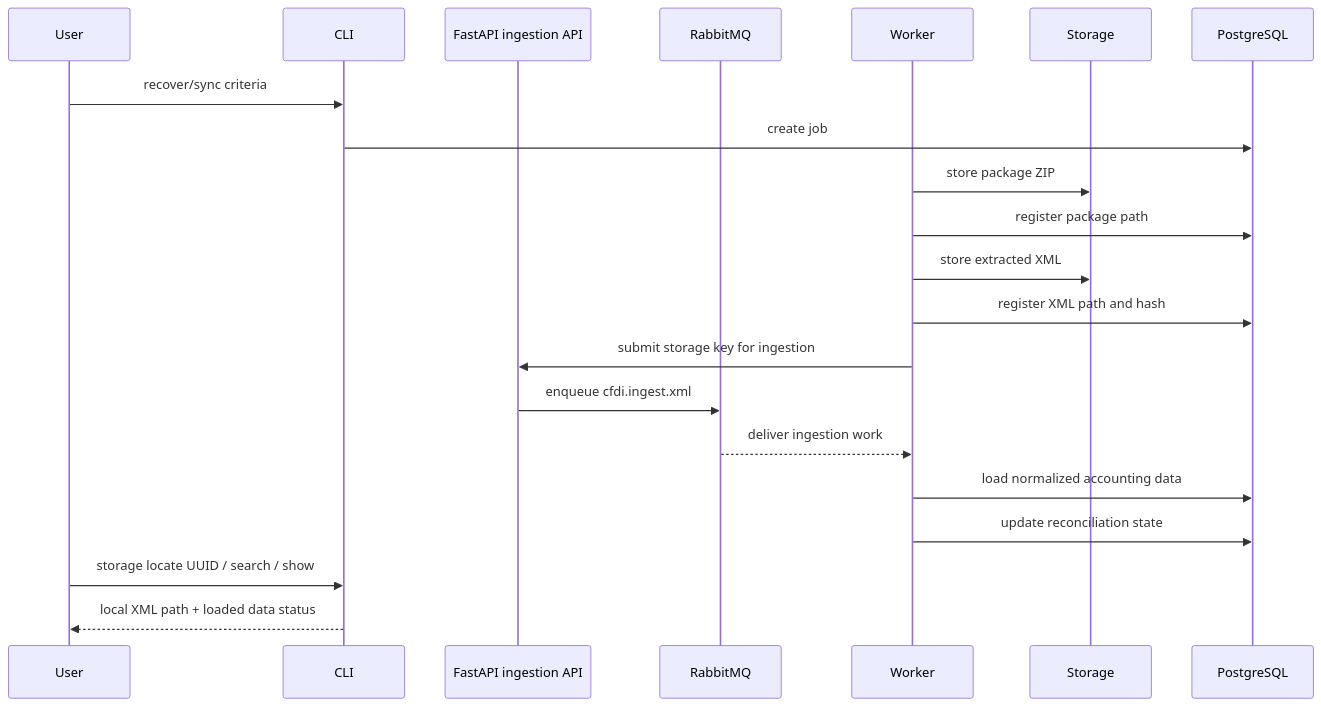
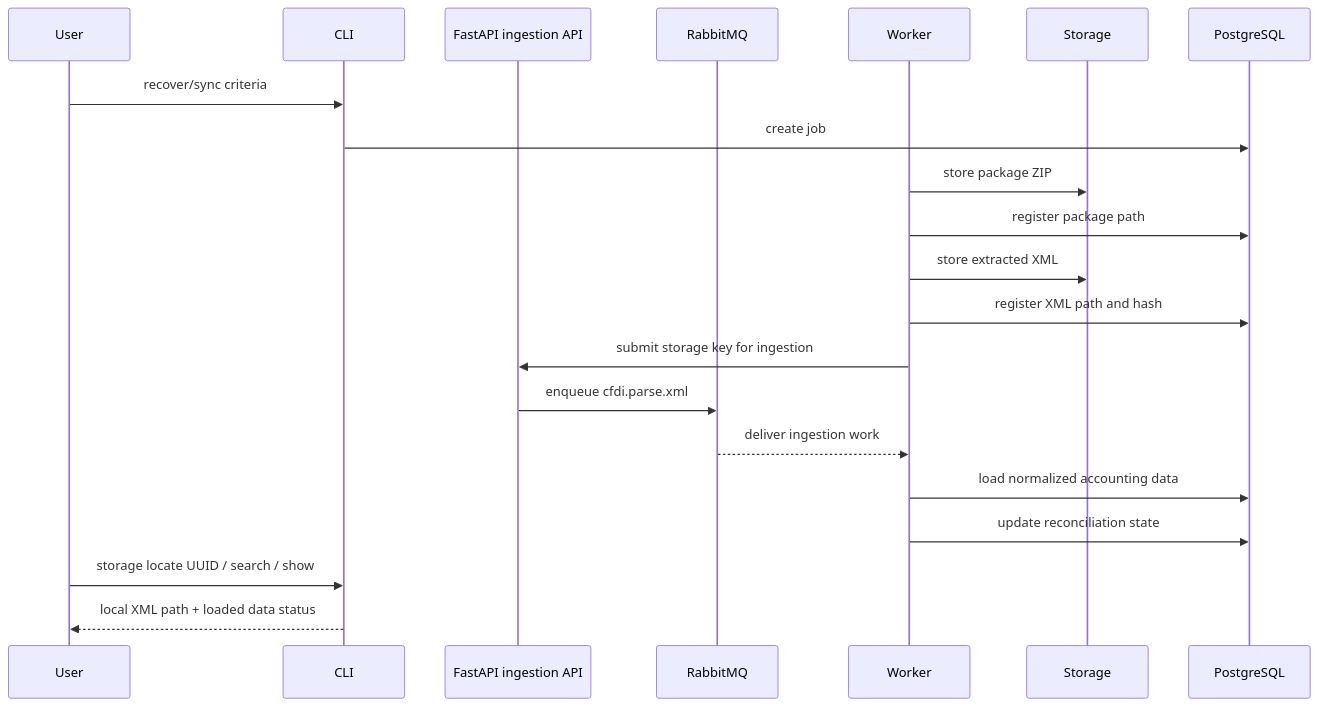
Before and after one commit to Crls8a/cfdi-vault-mx: the third of 4 diagrams in docs/foundation/flows-and-states.md, drawn with Mermaid. The commit also changed other lines of this file and 9 other files, not shown here.

Commit message:
fix(db): require flyway schema before runtime use

````diff
--- a/docs/foundation/flows-and-states.md
+++ b/docs/foundation/flows-and-states.md
@@ -60,24 +60,24 @@
 ```mermaid
 sequenceDiagram
     participant User
     participant CLI
     participant API as FastAPI ingestion API
     participant MQ as RabbitMQ
     participant Worker
     participant Storage
     participant DB as PostgreSQL
 
     User->>CLI: recover/sync criteria
     CLI->>DB: create job
     Worker->>Storage: store package ZIP
     Worker->>DB: register package path
     Worker->>Storage: store extracted XML
     Worker->>DB: register XML path and hash
     Worker->>API: submit storage key for ingestion
-    API->>MQ: enqueue cfdi.ingest.xml
+    API->>MQ: enqueue cfdi.parse.xml
     MQ-->>Worker: deliver ingestion work
     Worker->>DB: load normalized accounting data
     Worker->>DB: update reconciliation state
     User->>CLI: storage locate UUID / search / show
     CLI-->>User: local XML path + loaded data status
 ```
````
